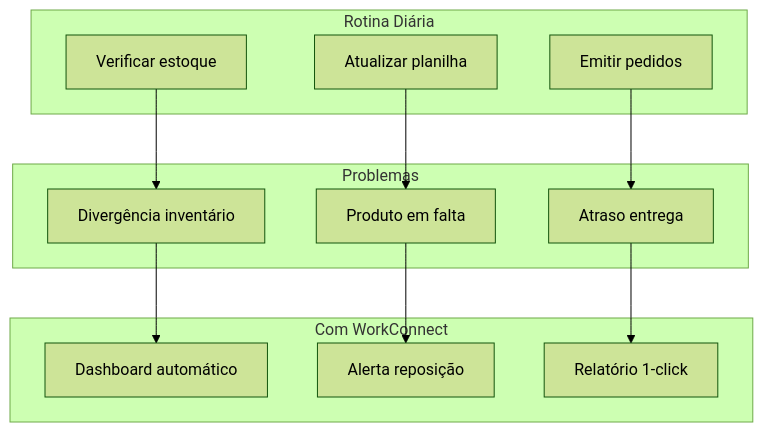
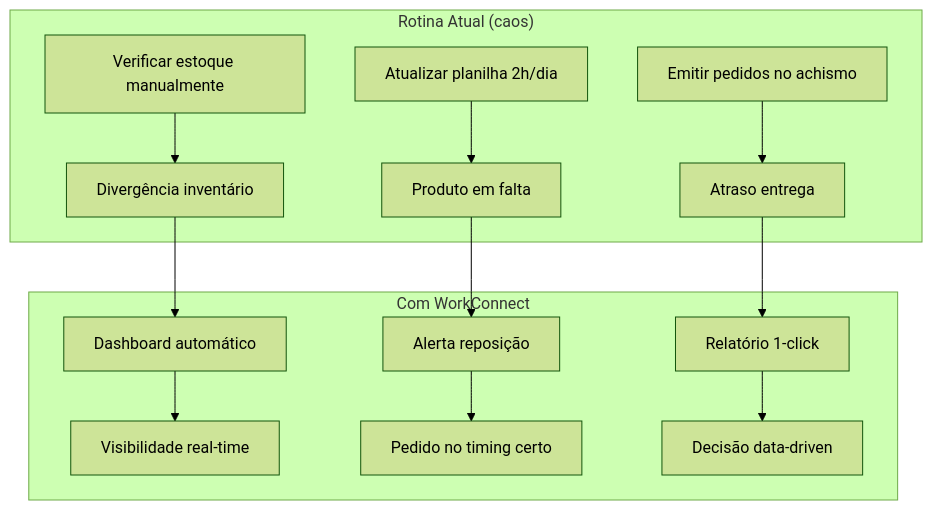
Before and after one commit to matheusmendes720/workconnect-tcc: the seventh of 11 diagrams in documentation/docs/estrategia/personas.mdx, drawn with Mermaid (forest theme). The commit also changed other lines of this file and 16 other files, not shown here.

````diff
--- a/documentation/docs/estrategia/personas.mdx
+++ b/documentation/docs/estrategia/personas.mdx
@@ -193,28 +220,18 @@
 ```mermaid
 flowchart TB
-    subgraph DIARIO["Rotina Diária"]
-        D1[Verificar estoque]
-        D2[Atualizar planilha]
-        D3[Emitir pedidos]
+    subgraph DIARIO["Rotina Atual (caos)"]
+        D1[Verificar estoque manualmente] --> P1[Divergência inventário]
+        D2[Atualizar planilha 2h/dia] --> P2[Produto em falta]
+        D3[Emitir pedidos no achismo] --> P3[Atraso entrega]
     end
-    
-    subgraph PROBLEMAS["Problemas"]
-        P1[Divergência inventário]
-        P2[Produto em falta]
-        P3[Atraso entrega]
+
+    subgraph SOLUCAO["Com WorkConnect"]
+        S1[Dashboard automático] --> OK1[Visibilidade real-time]
+        S2[Alerta reposição] --> OK2[Pedido no timing certo]
+        S3[Relatório 1-click] --> OK3[Decisão data-driven]
     end
-    
-    subgraph SOLUCAO["Com WorkConnect"]
-        S1[Dashboard automático]
-        S2[Alerta reposição]
-        S3[Relatório 1-click]
-    end
-    
-    D1 --> P1
-    D2 --> P2
-    D3 --> P3
-    
+
     P1 --> S1
     P2 --> S2
     P3 --> S3
 ```
````
